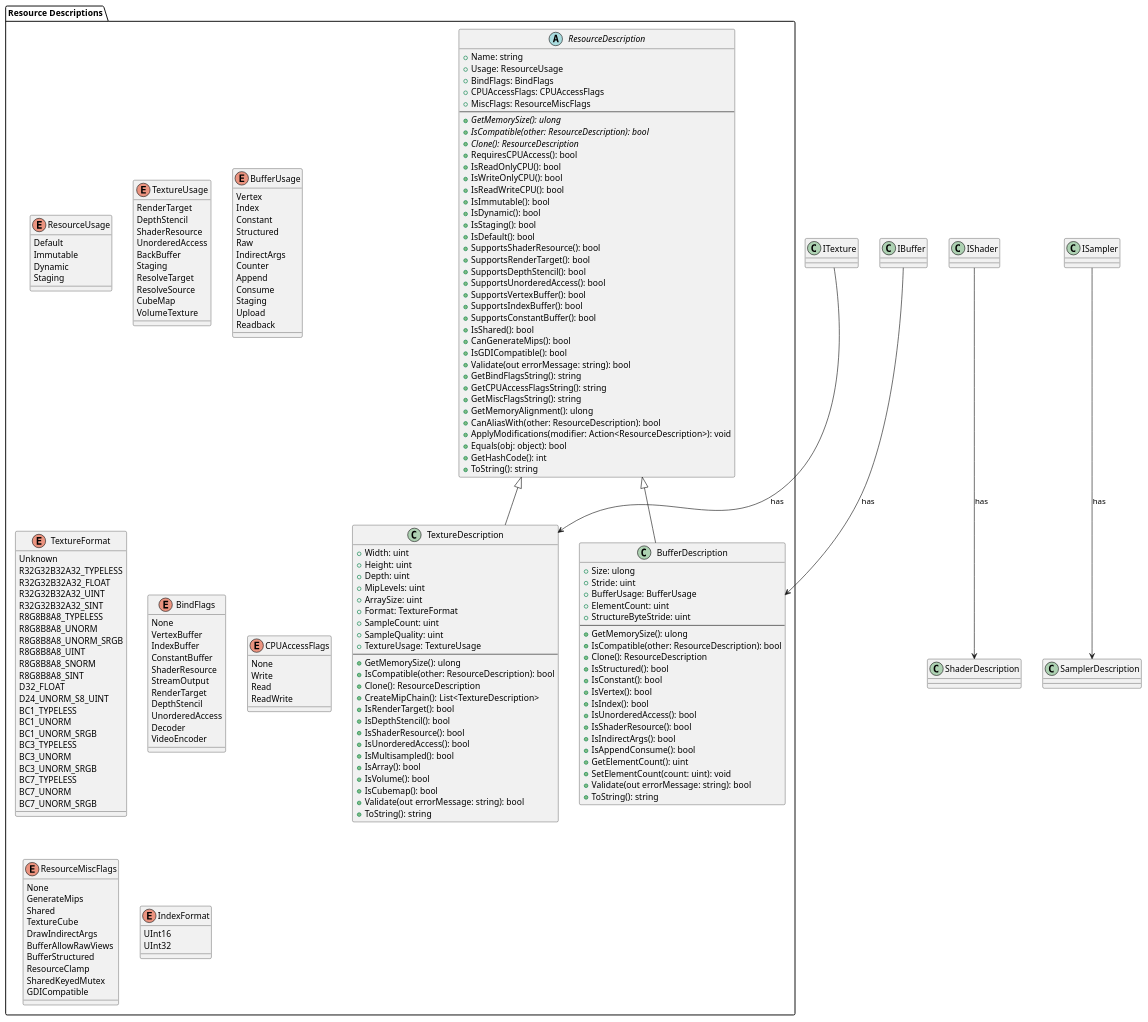
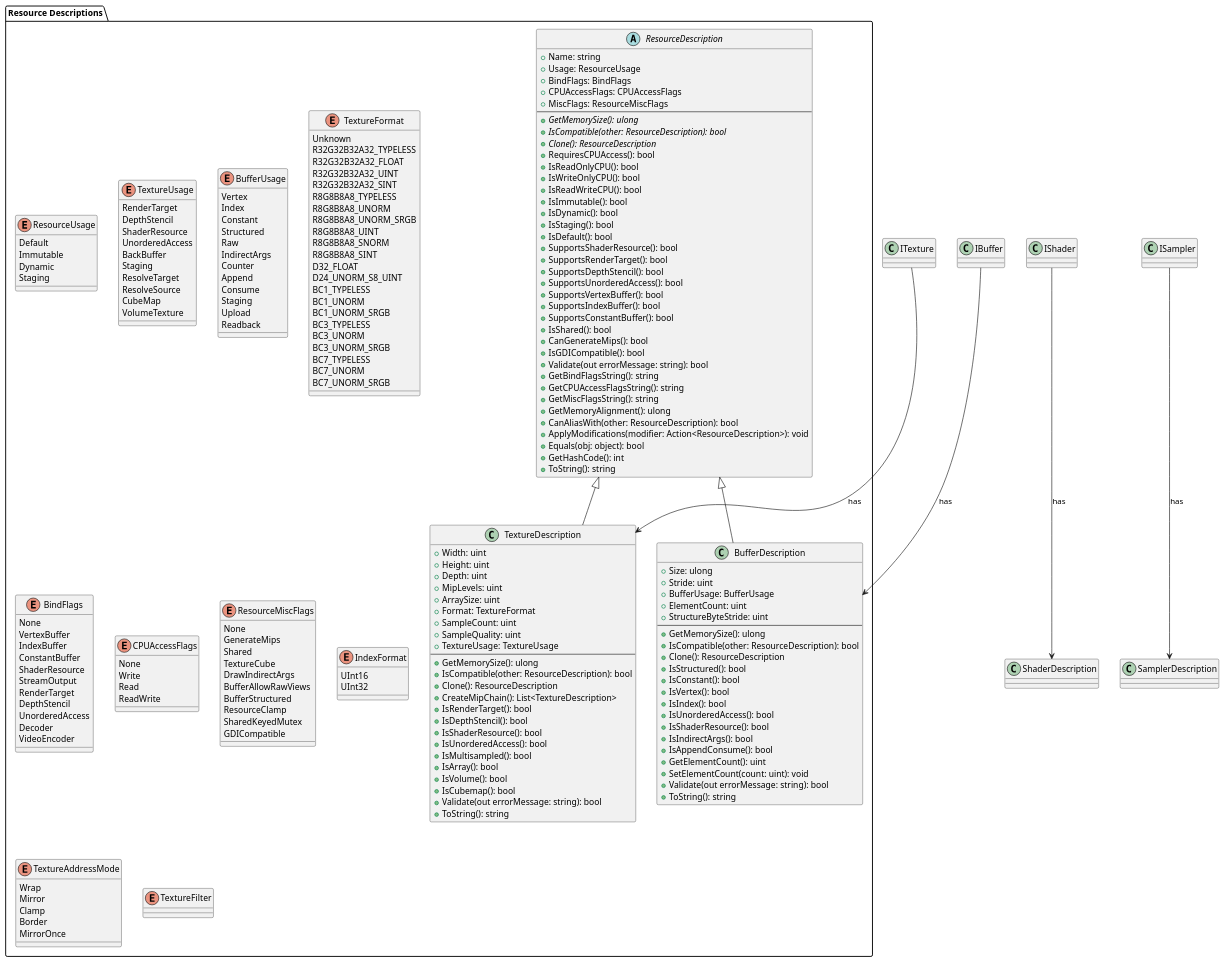
The diagram in doc/ClassDiagrams/cd_pkg_resources.puml (Plasmat1x/RenderGraph), drawn with PlantUML before and after one commit. The commit also changed 23 other files, not shown here.

Commit message:
up (ResourceType): Added new value; up (IResource): rempove `set`; up (doc): adjust diagramms; add (Directx12Impl): Add directx 12 implementations.

```diff
--- a/doc/ClassDiagrams/cd_pkg_resources.puml
+++ b/doc/ClassDiagrams/cd_pkg_resources.puml
@@ -190,6 +190,18 @@
         UInt16
         UInt32
     }
+
+    enum TextureAddressMode{
+        Wrap
+        Mirror
+        Clamp
+        Border
+        MirrorOnce
+    }
+
+    enum TextureFilter{
+
+    }
 }
 
 ' Resource Descriptions
```
